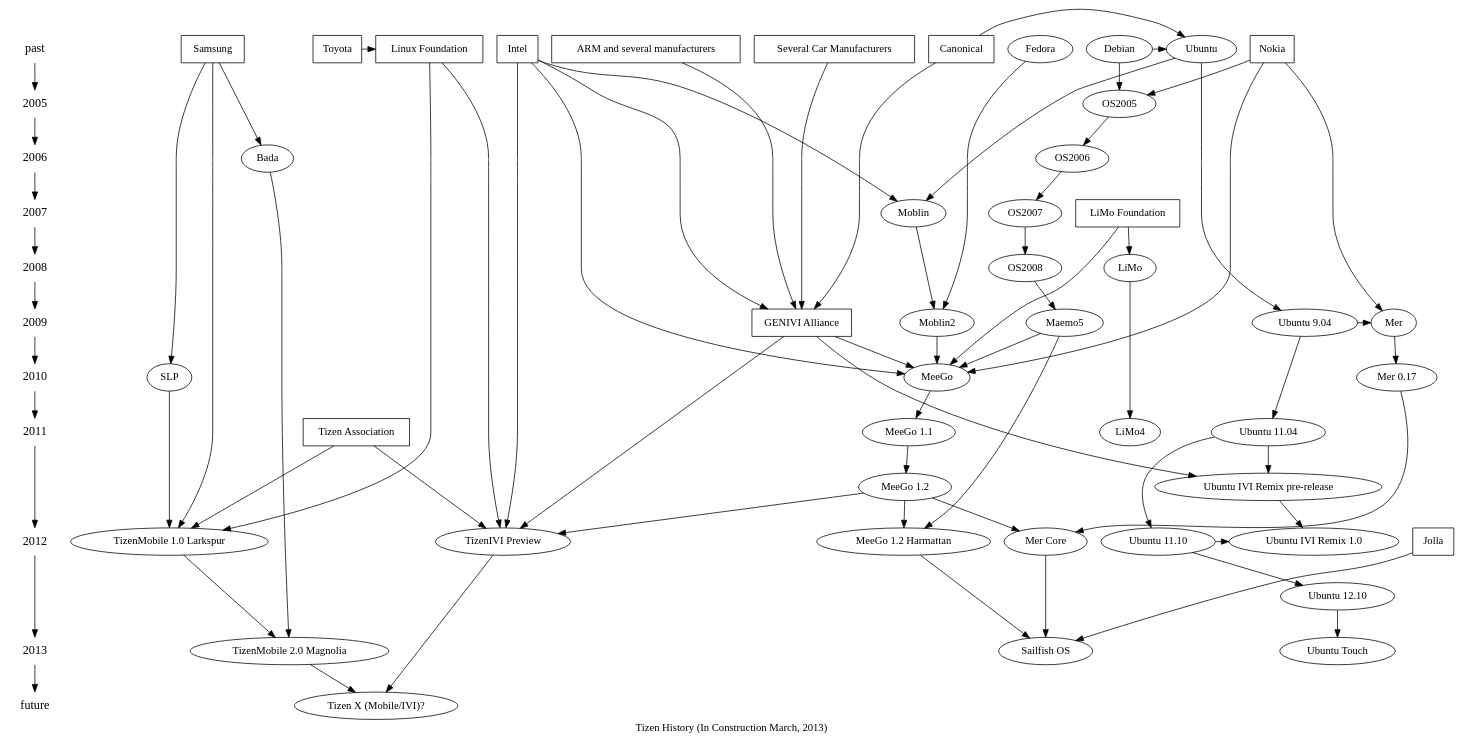
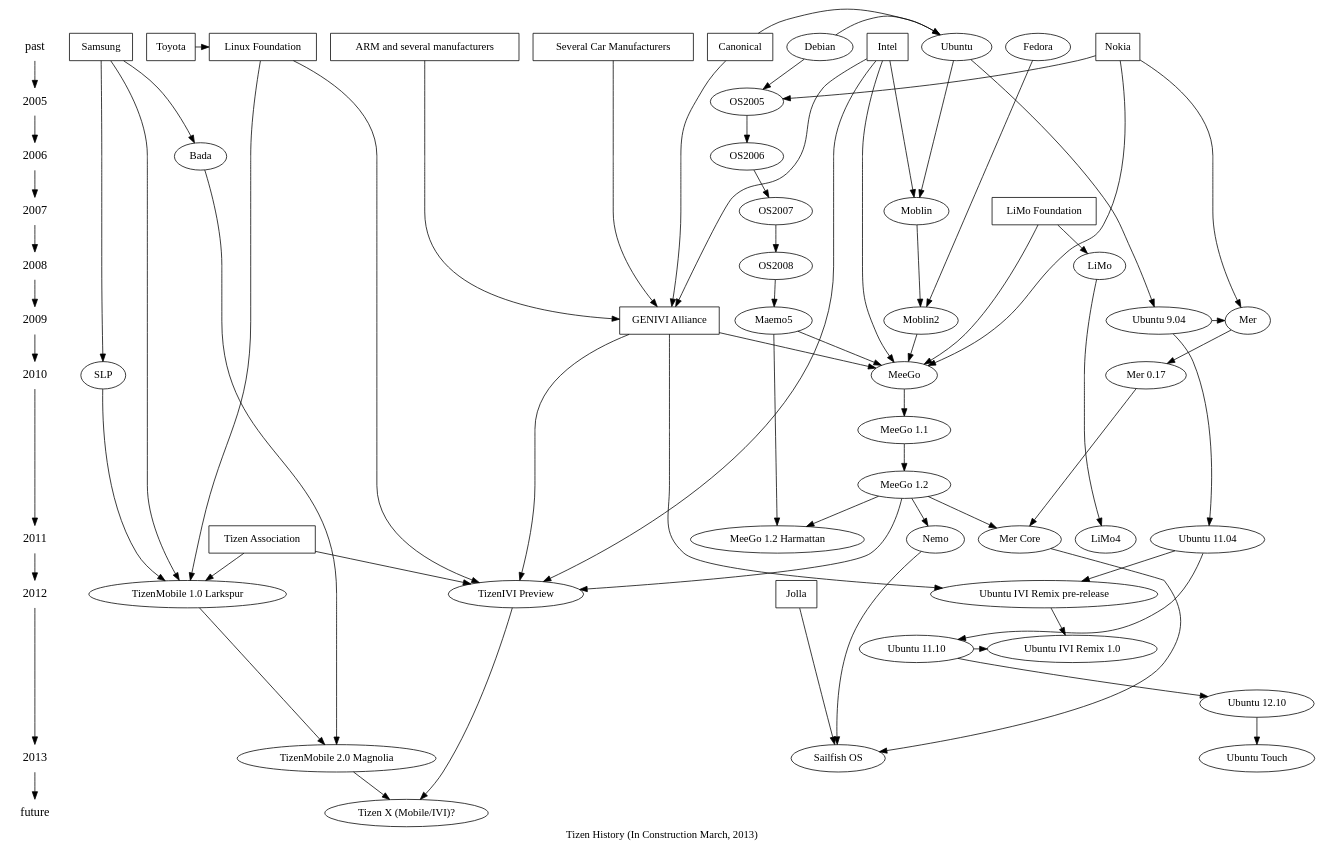
The diagram in tizen-history.dot (kumadasu/tizen-history), drawn with Graphviz before and after one commit. The commit also changed 1 other file, not shown here.

Commit message:
Add Nemo and change Sailfish OS's mother from Harmattan to Nemo

```diff
--- a/tizen-history.dot
+++ b/tizen-history.dot
@@ -1,95 +1,95 @@
 digraph tizenhistory {
 graph [label="Tizen History (In Construction March, 2013)"]
 /*timeline*/
 {
 	node [shape=plaintext, fontsize=16];
 	"past" -> /*1990 ->
 	1991 -> 1992 -> 1993 -> 1994 -> 1995 ->
 	1996 -> 1997 -> 1998 -> 1999 -> 2000 ->
 	2001 -> 2002 -> 2003 -> 2004 ->*/ 2005 ->
 	2006 -> 2007 -> 2008 -> 2009 -> 2010 ->
 	2011 -> 2012 -> 2013 -> "future";
 }
 
 /* Organizations */
 {
 	node [shape=box];
 	{ rank = same; "past"; "Nokia"}
 	{ rank = same; "past"; "Intel"}
 	{ rank = same; "past"; "Samsung"}
 	{ rank = same; "past"; "ARM and several manufacturers"}
 	{ rank = same; "past"; "Several Car Manufacturers"}
 	{ rank = same; "past"; "Canonical"}
 	{ rank = same; "past"; "Linux Foundation"}
 	{ rank = same; "past"; "Toyota"}
 	{ rank = same; "2007"; "LiMo Foundation"}
 	{ rank = same; "2009"; "GENIVI Alliance"}
 	{ rank = same; "2011"; "Tizen Association"} //?
 	{ rank = same; "2012"; "Jolla"} //?
 "Toyota" -> "Linux Foundation";
 "Intel" -> "GENIVI Alliance";
 "Several Car Manufacturers" -> "GENIVI Alliance";
 "ARM and several manufacturers" -> "GENIVI Alliance";
 "Canonical" -> "GENIVI Alliance";
 }
 
 /* Technologies */
 {
 	node [shape=plaintext];
 //	"HTML5";
 }
 
 /* OS */
 { rank = same; "past"; "Ubuntu"; "Fedora"; "Debian"}
 { rank = same; 2005; "OS2005"}
 { rank = same; 2006; "OS2006"}
 { rank = same; 2007; "OS2007"; "Moblin"}
 { rank = same; 2008; "OS2008"; "LiMo"}
 { rank = same; 2009; "Maemo5"; "Moblin2"; "Ubuntu 9.04"; "Mer"}
 { rank = same; 2010; "MeeGo"; "Mer 0.17"; "SLP"}
-{ rank = same; 2011; "Ubuntu 11.04"; "LiMo4"}
+{ rank = same; 2011; "Ubuntu 11.04"; "LiMo4"; "Nemo"}
 { rank = same; "Ubuntu 11.10"; "Ubuntu IVI Remix 1.0"}
 { rank = same; 2012; "TizenMobile 1.0 Larkspur"; "TizenIVI Preview"};
 { rank = same; "TizenMobile 1.0 Larkspur" }
 { rank = same; 2013; "TizenMobile 2.0 Magnolia"; "Sailfish OS"; "Ubuntu Touch"}
 	"Debian" -> "Ubuntu";
 	"Debian" -> "OS2005" -> "OS2006" -> "OS2007" -> "OS2008" -> "Maemo5" -> "MeeGo";
 	"Ubuntu" -> "Moblin" -> "Moblin2";
 	"Fedora" -> "Moblin2" -> "MeeGo";
 	"Ubuntu 9.04" -> "Mer" -> "Mer 0.17" -> "Mer Core";
 	"LiMo" -> "LiMo4";
 	"MeeGo" -> "MeeGo 1.1" -> "MeeGo 1.2" -> "TizenIVI Preview";
 	"Maemo5" -> "MeeGo 1.2 Harmattan";
 	"MeeGo 1.2" -> "Mer Core";
-	"MeeGo 1.2 Harmattan" -> "Sailfish OS";
+	"MeeGo 1.2" -> "Nemo" -> "Sailfish OS";
 	"Mer Core" -> "Sailfish OS";
 	"MeeGo 1.2" -> "MeeGo 1.2 Harmattan";
 	"SLP" -> "TizenMobile 1.0 Larkspur";
 	"Bada" -> "TizenMobile 2.0 Magnolia";
 	"TizenMobile 1.0 Larkspur" -> "TizenMobile 2.0 Magnolia" -> "Tizen X (Mobile/IVI)?";
 	"TizenIVI Preview" -> "Tizen X (Mobile/IVI)?";
 	"Ubuntu" -> "Ubuntu 9.04" -> "Ubuntu 11.04" -> "Ubuntu 11.10" -> "Ubuntu IVI Remix 1.0";
 	"Ubuntu 11.04" -> "Ubuntu IVI Remix pre-release" -> "Ubuntu IVI Remix 1.0";
 	"Ubuntu 11.10" -> "Ubuntu 12.10" -> "Ubuntu Touch";
 
 "Canonical" -> "Ubuntu";
 "Nokia" -> "OS2005";
 "Intel" -> "Moblin";
 "Intel" -> "MeeGo";
 "Nokia" -> "Mer";
 "Nokia" -> "MeeGo";
 "Samsung" -> "Bada";
 "Samsung" -> "SLP";
 "Intel" -> "TizenIVI Preview";
 "Samsung" -> "TizenMobile 1.0 Larkspur";
 "GENIVI Alliance" -> "MeeGo";
 "GENIVI Alliance" -> "TizenIVI Preview";
 "GENIVI Alliance" -> "Ubuntu IVI Remix pre-release";
 "LiMo Foundation" -> "LiMo";
 "LiMo Foundation" -> "MeeGo";
 "Tizen Association" -> "TizenIVI Preview";
 "Tizen Association" -> "TizenMobile 1.0 Larkspur";
 "Linux Foundation" -> "TizenIVI Preview";
 "Linux Foundation" -> "TizenMobile 1.0 Larkspur";
 "Jolla" -> "Sailfish OS"
 }
```
